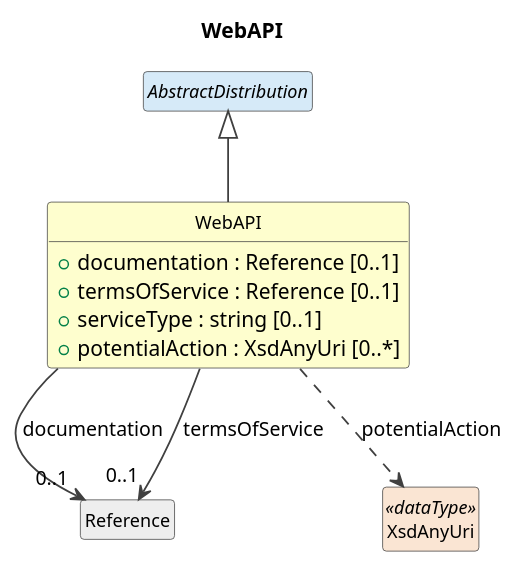
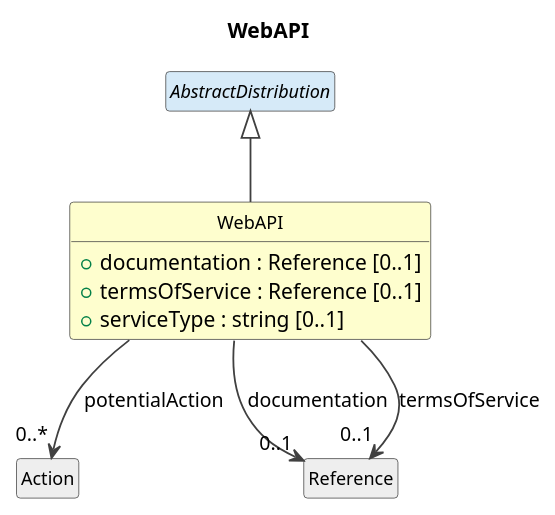
One commit to Cross-Domain-Interoperability-Framework/metadataBuildingBlocks changed the diagram in cdif-uml-model/_plantuml/cdifDataStructure/Classes/WebAPI.pu. Above: the diagram before and after it, drawn with PlantUML. The commit also changed 145 other files, not shown here.

First line of the commit message:
Regenerate UML model browser: WebAPI Action subtree

```diff
--- a/cdif-uml-model/_plantuml/cdifDataStructure/Classes/WebAPI.pu
+++ b/cdif-uml-model/_plantuml/cdifDataStructure/Classes/WebAPI.pu
@@ -1,27 +1,26 @@
 @startuml
 title WebAPI
 hide circle
 hide empty members
 skinparam shadowing false
 skinparam ArrowThickness 1.2
 skinparam class {
   ArrowColor #404040
   BorderColor #404040
   FontSize 12
 }
 
 class "WebAPI" as WebAPI #FEFECE {
   +documentation : Reference [0..1]
   +termsOfService : Reference [0..1]
   +serviceType : string [0..1]
-  +potentialAction : XsdAnyUri [0..*]
 }
 abstract class "AbstractDistribution" as AbstractDistribution #D6EAF8
 AbstractDistribution <|-- WebAPI
+class "Action" as Action #EEEEEE
+WebAPI --> "0..*" Action : potentialAction
 class "Reference" as Reference #EEEEEE
 WebAPI --> "0..1" Reference : documentation
 WebAPI --> "0..1" Reference : termsOfService
-class "XsdAnyUri" as XsdAnyUri <<dataType>> #FAE5D3
-WebAPI ..> XsdAnyUri : potentialAction
 
 @enduml
```
